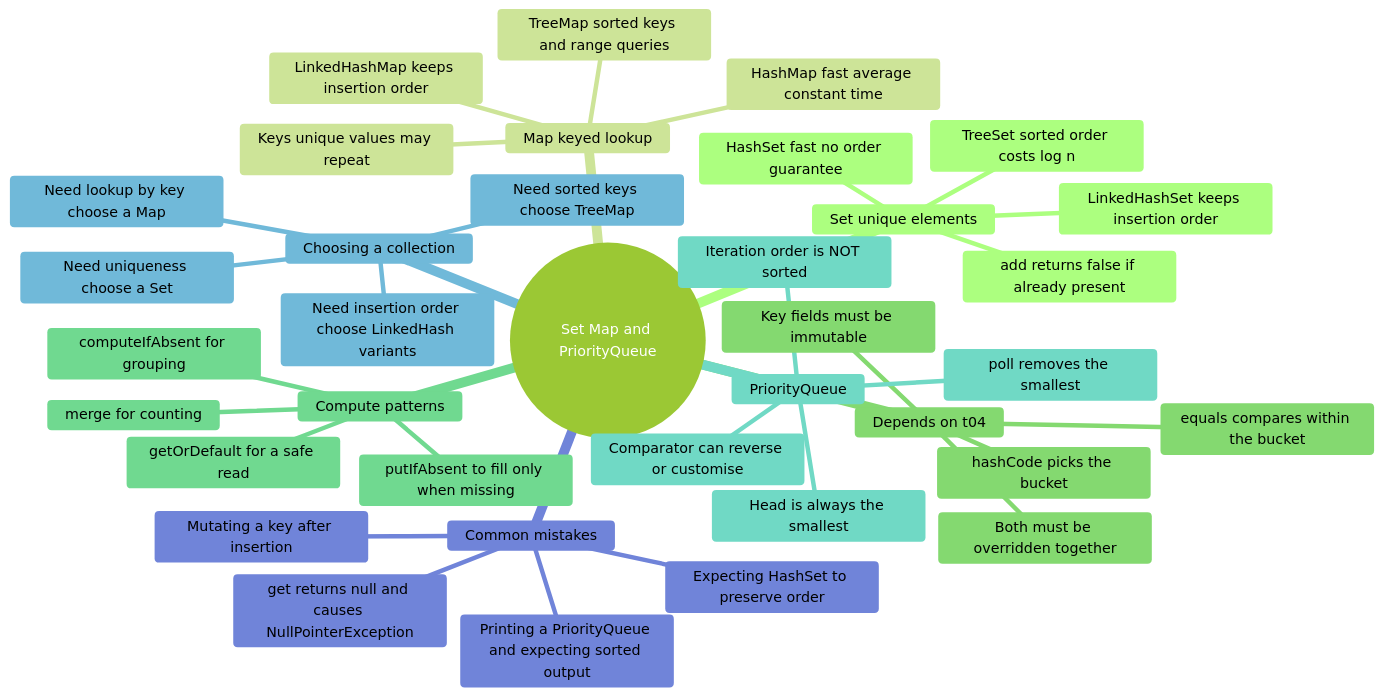
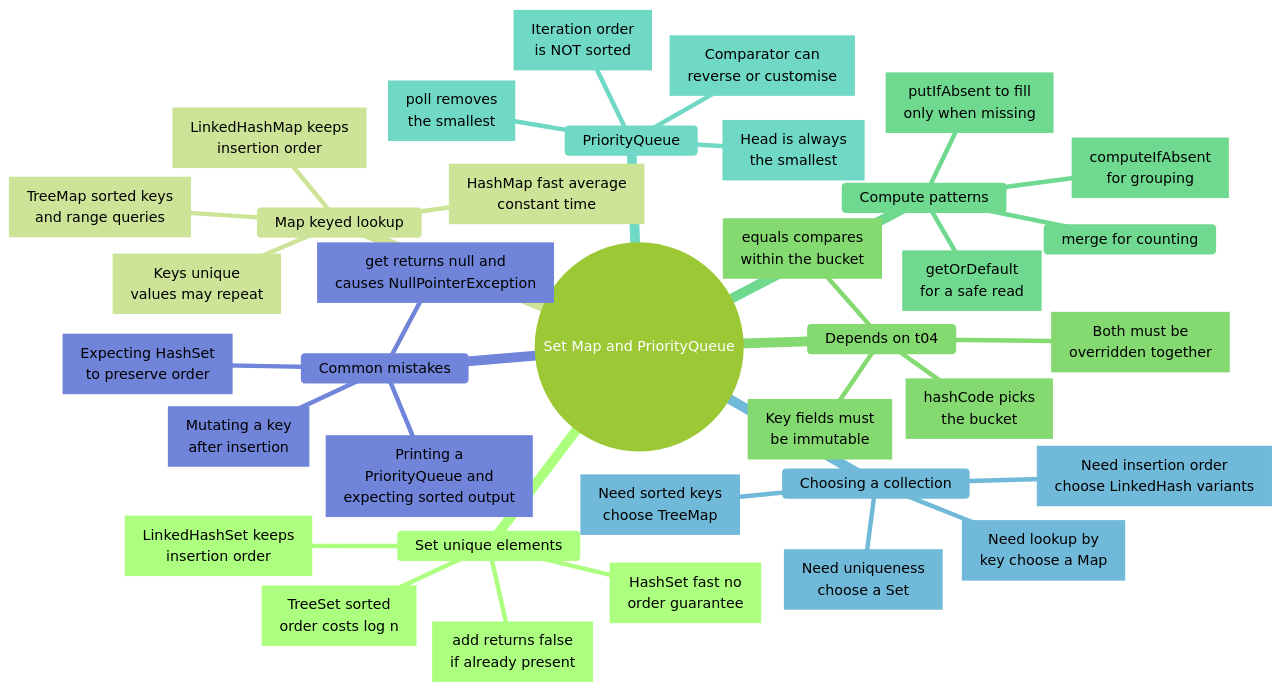
Before and after one commit to nmcguinness/L8-OOP-Module-Content: the eighth of 10 diagrams in notes/shared/mind maps/revision_t00_t09.md, drawn with Mermaid. The commit also changed other lines of this file and 421 other files, not shown here.

Commit message:
Updated mermaid diagrams and note layout for topics 9-24.

````diff
--- a/notes/shared/mind maps/revision_t00_t09.md
+++ b/notes/shared/mind maps/revision_t00_t09.md
@@ -958,50 +1169,78 @@
 ```mermaid
 ---
 title: "Set Map and PriorityQueue"
 accDescr: "Mind map of Set Map and PriorityQueue. Branches: Set unique elements; Map keyed lookup; Depends on t04; Compute patterns; PriorityQueue; Choosing a collection; Common mistakes."
 ---
-%%{init: { "theme": "forest" }}%%
+%%{init: { "theme": "forest", "markdownAutoWrap": false, "mindmap": { "maxNodeWidth": 300 } }}%%
 mindmap
   root((Set Map and PriorityQueue))
     Set unique elements
-      HashSet fast no order guarantee
-      LinkedHashSet keeps insertion order
-      TreeSet sorted order costs log n
-      add returns false if already present
+      n1["`HashSet fast no
+      order guarantee`"]
+      n2["`LinkedHashSet keeps
+      insertion order`"]
+      n3["`TreeSet sorted
+      order costs log n`"]
+      n4["`add returns false
+      if already present`"]
 
     Map keyed lookup
-      HashMap fast average constant time
-      LinkedHashMap keeps insertion order
-      TreeMap sorted keys and range queries
-      Keys unique values may repeat
+      n5["`HashMap fast average
+      constant time`"]
+      n6["`LinkedHashMap keeps
+      insertion order`"]
+      n7["`TreeMap sorted keys
+      and range queries`"]
+      n8["`Keys unique
+      values may repeat`"]
 
     Depends on t04
-      hashCode picks the bucket
-      equals compares within the bucket
-      Both must be overridden together
-      Key fields must be immutable
+      n9["`hashCode picks
+      the bucket`"]
+      n10["`equals compares
+      within the bucket`"]
+      n11["`Both must be
+      overridden together`"]
+      n12["`Key fields must
+      be immutable`"]
 
     Compute patterns
       merge for counting
-      computeIfAbsent for grouping
-      getOrDefault for a safe read
-      putIfAbsent to fill only when missing
+      n13["`computeIfAbsent
+      for grouping`"]
+      n14["`getOrDefault
+      for a safe read`"]
+      n15["`putIfAbsent to fill
+      only when missing`"]
 
     PriorityQueue
-      Head is always the smallest
-      Comparator can reverse or customise
-      poll removes the smallest
-      Iteration order is NOT sorted
+      n16["`Head is always
+      the smallest`"]
+      n17["`Comparator can
+      reverse or customise`"]
+      n18["`poll removes
+      the smallest`"]
+      n19["`Iteration order
+      is NOT sorted`"]
 
     Choosing a collection
-      Need uniqueness choose a Set
-      Need lookup by key choose a Map
-      Need sorted keys choose TreeMap
-      Need insertion order choose LinkedHash variants
+      n20["`Need uniqueness
+      choose a Set`"]
+      n21["`Need lookup by
+      key choose a Map`"]
+      n22["`Need sorted keys
+      choose TreeMap`"]
+      n23["`Need insertion order
+      choose LinkedHash variants`"]
 
     Common mistakes
-      Mutating a key after insertion
-      Expecting HashSet to preserve order
-      Printing a PriorityQueue and expecting sorted output
-      get returns null and causes NullPointerException
+      n24["`Mutating a key
+      after insertion`"]
+      n25["`Expecting HashSet
+      to preserve order`"]
+      n26["`Printing a
+      PriorityQueue and
+      expecting sorted output`"]
+      n27["`get returns null and
+      causes NullPointerException`"]
 ```
````
